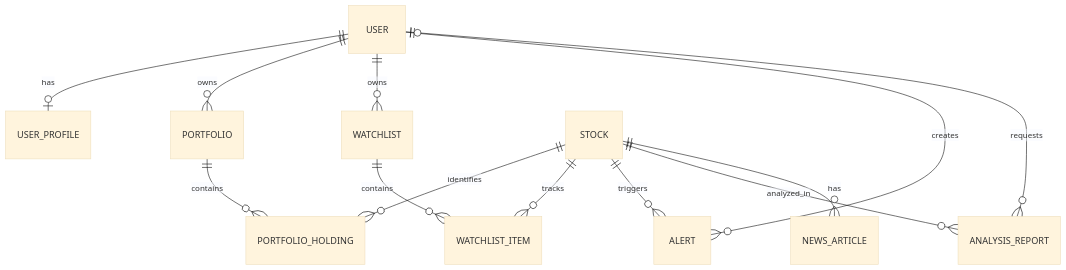
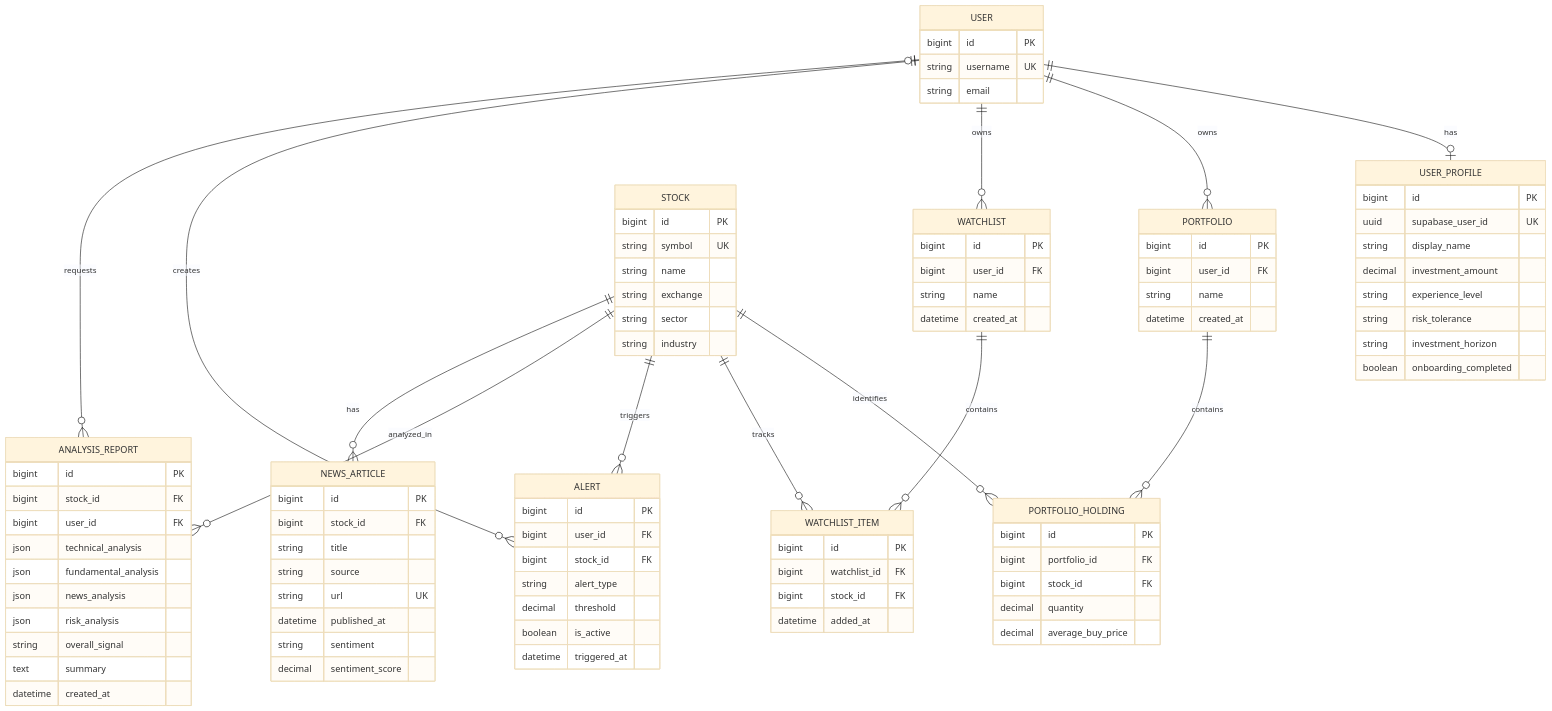
The second of 2 diagrams in README.md (bbhavya34/StockLens), drawn with Mermaid (base theme) before and after one commit. The commit also changed other lines of this file, not shown here.

````diff
--- a/README.md
+++ b/README.md
@@ -200,18 +313,110 @@
 ```mermaid
 erDiagram
+
     USER ||--o| USER_PROFILE : has
+
     USER ||--o{ PORTFOLIO : owns
-    USER ||--o{ WATCHLIST : owns
-    USER ||--o{ ALERT : creates
-    USER o|--o{ ANALYSIS_REPORT : requests
-
     PORTFOLIO ||--o{ PORTFOLIO_HOLDING : contains
     STOCK ||--o{ PORTFOLIO_HOLDING : identifies
 
+    USER ||--o{ WATCHLIST : owns
     WATCHLIST ||--o{ WATCHLIST_ITEM : contains
     STOCK ||--o{ WATCHLIST_ITEM : tracks
 
+    USER ||--o{ ALERT : creates
     STOCK ||--o{ ALERT : triggers
+
+    USER o|--o{ ANALYSIS_REPORT : requests
     STOCK ||--o{ ANALYSIS_REPORT : analyzed_in
+
     STOCK ||--o{ NEWS_ARTICLE : has
+
+    USER {
+        bigint id PK
+        string username UK
+        string email
+    }
+
+    USER_PROFILE {
+        bigint id PK
+        uuid supabase_user_id UK
+        string display_name
+        decimal investment_amount
+        string experience_level
+        string risk_tolerance
+        string investment_horizon
+        boolean onboarding_completed
+    }
+
+    STOCK {
+        bigint id PK
+        string symbol UK
+        string name
+        string exchange
+        string sector
+        string industry
+    }
+
+    PORTFOLIO {
+        bigint id PK
+        bigint user_id FK
+        string name
+        datetime created_at
+    }
+
+    PORTFOLIO_HOLDING {
+        bigint id PK
+        bigint portfolio_id FK
+        bigint stock_id FK
+        decimal quantity
+        decimal average_buy_price
+    }
+
+    WATCHLIST {
+        bigint id PK
+        bigint user_id FK
+        string name
+        datetime created_at
+    }
+
+    WATCHLIST_ITEM {
+        bigint id PK
+        bigint watchlist_id FK
+        bigint stock_id FK
+        datetime added_at
+    }
+
+    ALERT {
+        bigint id PK
+        bigint user_id FK
+        bigint stock_id FK
+        string alert_type
+        decimal threshold
+        boolean is_active
+        datetime triggered_at
+    }
+
+    ANALYSIS_REPORT {
+        bigint id PK
+        bigint stock_id FK
+        bigint user_id FK
+        json technical_analysis
+        json fundamental_analysis
+        json news_analysis
+        json risk_analysis
+        string overall_signal
+        text summary
+        datetime created_at
+    }
+
+    NEWS_ARTICLE {
+        bigint id PK
+        bigint stock_id FK
+        string title
+        string source
+        string url UK
+        datetime published_at
+        string sentiment
+        decimal sentiment_score
+    }
 ```
````
